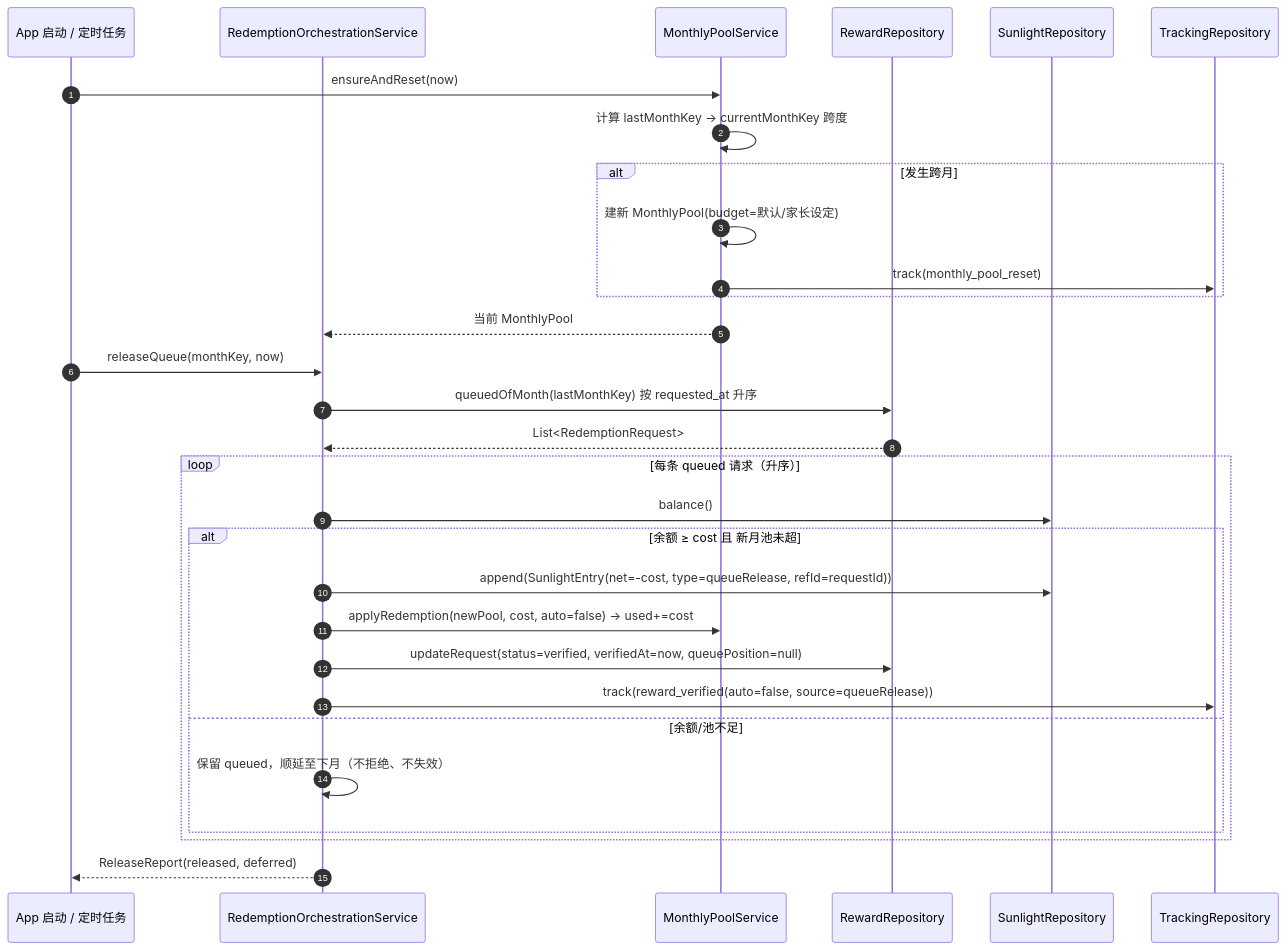
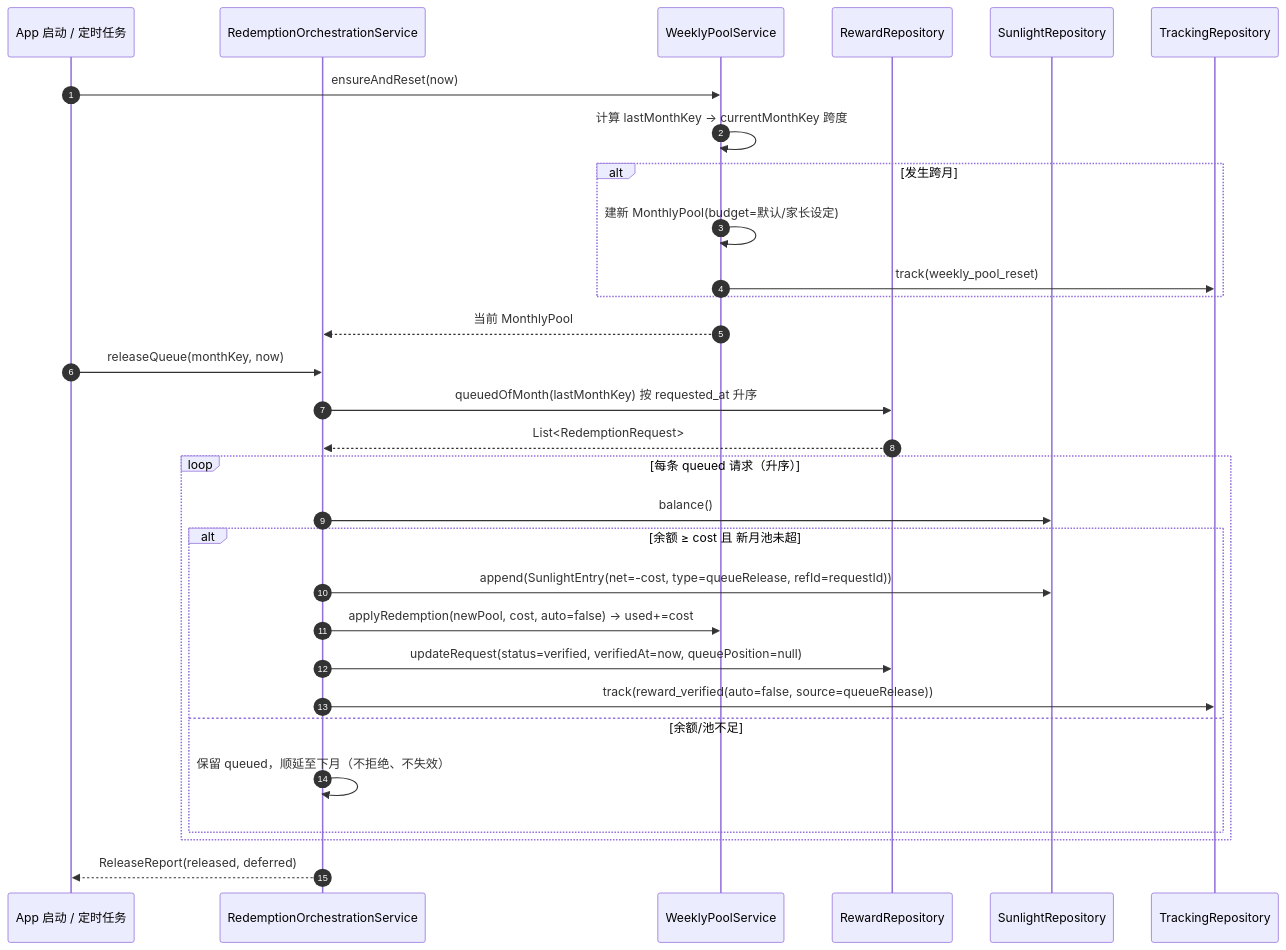
Before and after one commit to tasanshu666/sunflowerTime: the third of 7 diagrams in docs/软件设计文档_M2.md, drawn with Mermaid. The commit also changed other lines of this file and 133 other files, not shown here.

````diff
--- a/docs/软件设计文档_M2.md
+++ b/docs/软件设计文档_M2.md
@@ -541,33 +541,33 @@
 ```mermaid
 sequenceDiagram
     autonumber
     participant App as App 启动 / 定时任务
     participant RO as RedemptionOrchestrationService
-    participant MP as MonthlyPoolService
+    participant MP as WeeklyPoolService
     participant RR as RewardRepository
     participant LD as SunlightRepository
     participant TR as TrackingRepository
 
     App->>MP: ensureAndReset(now)
     MP->>MP: 计算 lastMonthKey → currentMonthKey 跨度
     alt 发生跨月
         MP->>MP: 建新 MonthlyPool(budget=默认/家长设定)
-        MP->>TR: track(monthly_pool_reset)
+        MP->>TR: track(weekly_pool_reset)
     end
     MP-->>RO: 当前 MonthlyPool
     App->>RO: releaseQueue(monthKey, now)
     RO->>RR: queuedOfMonth(lastMonthKey) 按 requested_at 升序
     RR-->>RO: List<RedemptionRequest>
     loop 每条 queued 请求（升序）
         RO->>LD: balance()
         alt 余额 ≥ cost 且 新月池未超
             RO->>LD: append(SunlightEntry(net=-cost, type=queueRelease, refId=requestId))
             RO->>MP: applyRedemption(newPool, cost, auto=false) → used+=cost
             RO->>RR: updateRequest(status=verified, verifiedAt=now, queuePosition=null)
             RO->>TR: track(reward_verified(auto=false, source=queueRelease))
         else 余额/池不足
             RO->>RO: 保留 queued，顺延至下月（不拒绝、不失效）
         end
     end
     RO-->>App: ReleaseReport(released, deferred)
 ```
````
